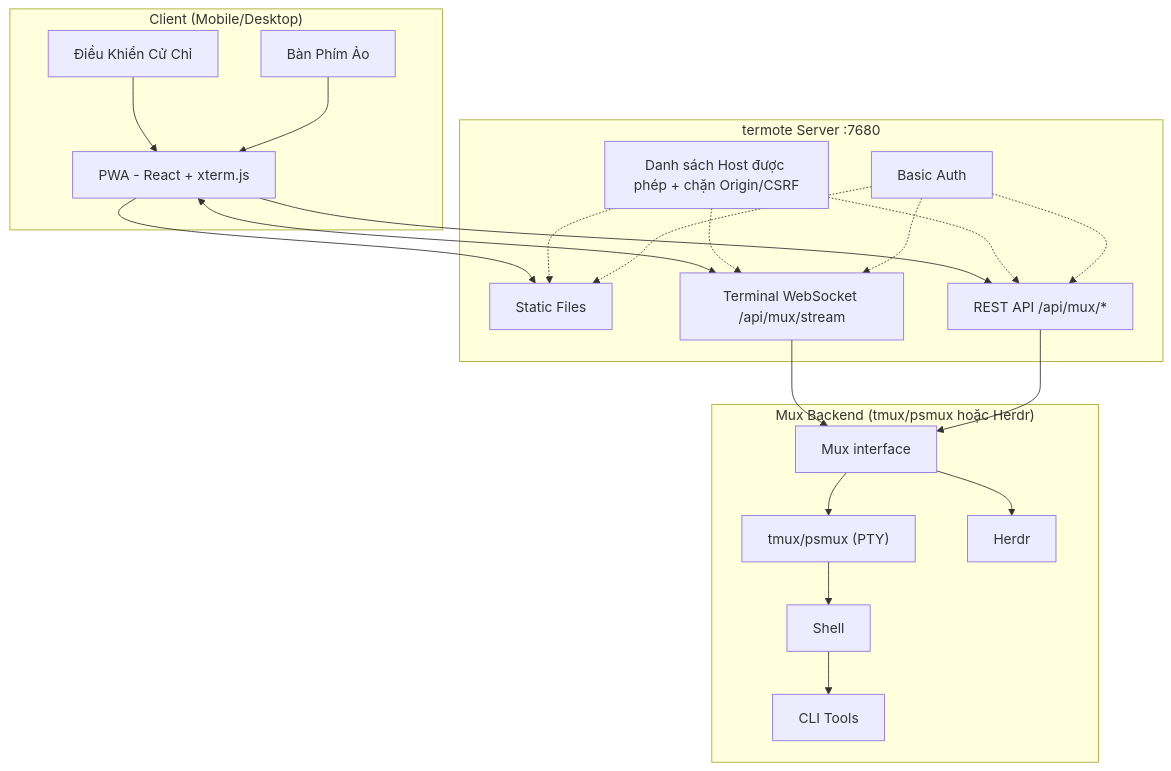
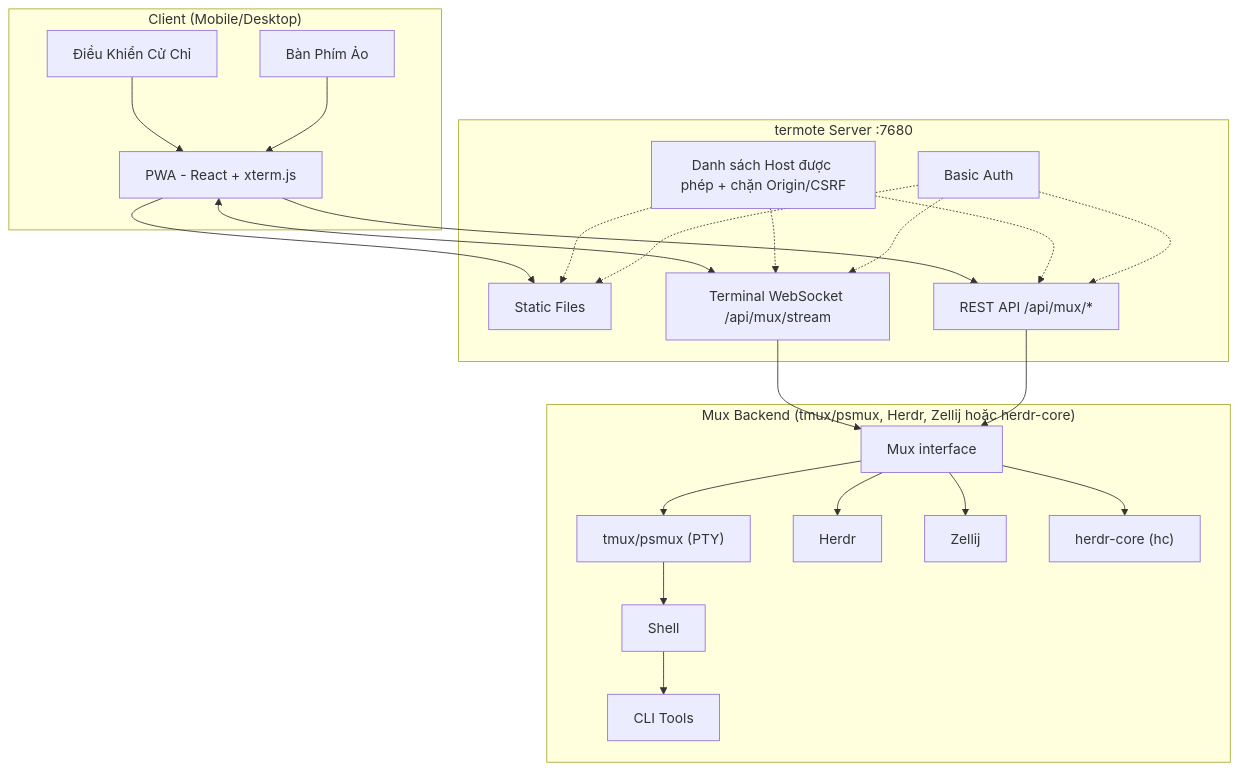
One commit to lamngockhuong/termote changed the first of 2 diagrams in README.vi.md. Above: the diagram before and after it, drawn with Mermaid. The commit also changed other lines of this file and 14 other files, not shown here.

````diff
--- a/README.vi.md
+++ b/README.vi.md
@@ -91,36 +93,38 @@
 ```mermaid
 flowchart TB
     subgraph Client["Client (Mobile/Desktop)"]
         PWA["PWA - React + xterm.js"]
         Gestures["Điều Khiển Cử Chỉ"]
         Keyboard["Bàn Phím Ảo"]
     end
 
     subgraph Server["termote Server :7680"]
         Static["Static Files"]
         Stream["Terminal WebSocket /api/mux/stream"]
         API["REST API /api/mux/*"]
         Guard["Danh sách Host được phép + chặn Origin/CSRF"]
         Auth["Basic Auth"]
     end
 
-    subgraph Backend["Mux Backend (tmux/psmux hoặc Herdr)"]
+    subgraph Backend["Mux Backend (tmux/psmux, Herdr, Zellij hoặc herdr-core)"]
         Mux["Mux interface"]
         tmux["tmux/psmux (PTY)"]
         herdr["Herdr"]
+        zellij["Zellij"]
+        hc["herdr-core (hc)"]
         Shell["Shell"]
         Tools["CLI Tools"]
     end
 
     Gestures --> PWA
     Keyboard --> PWA
     PWA --> Static
     PWA <--> Stream
     PWA --> API
     Guard -.-> Static & Stream & API
     Auth -.-> Static & Stream & API
     Stream --> Mux
     API --> Mux
-    Mux --> tmux & herdr
+    Mux --> tmux & herdr & zellij & hc
     tmux --> Shell --> Tools
 ```
````
